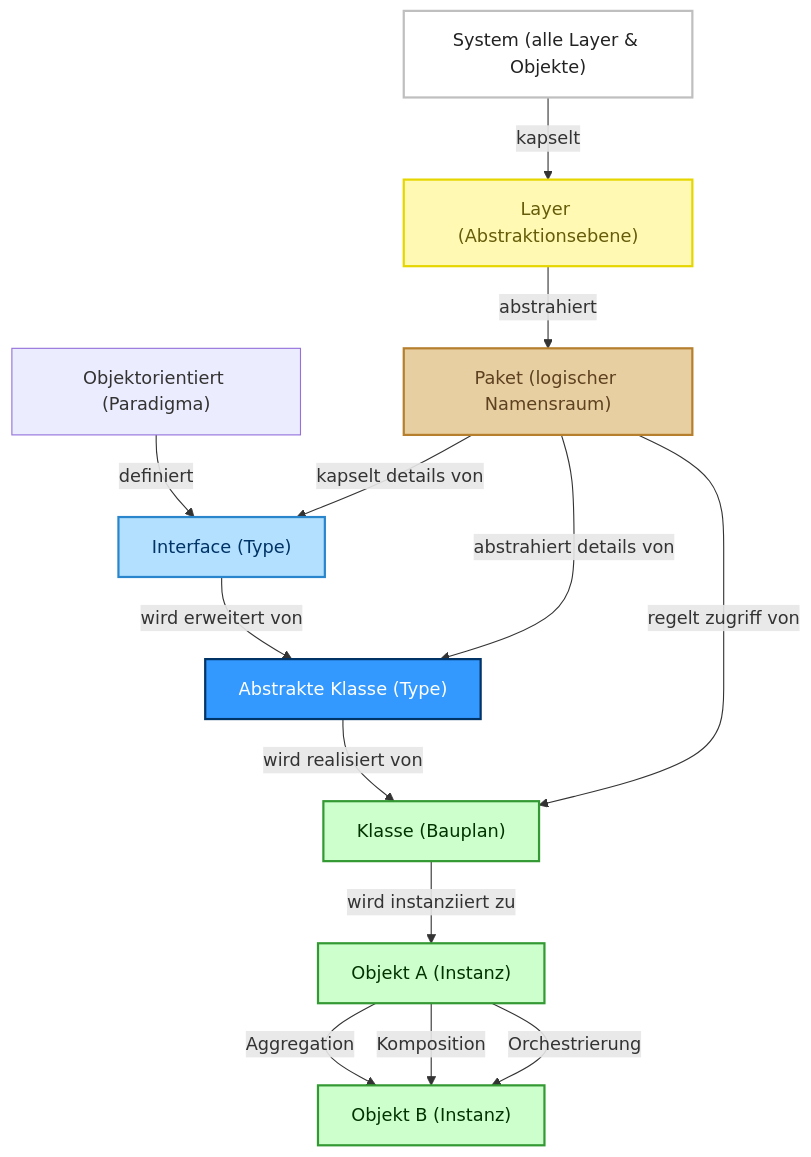
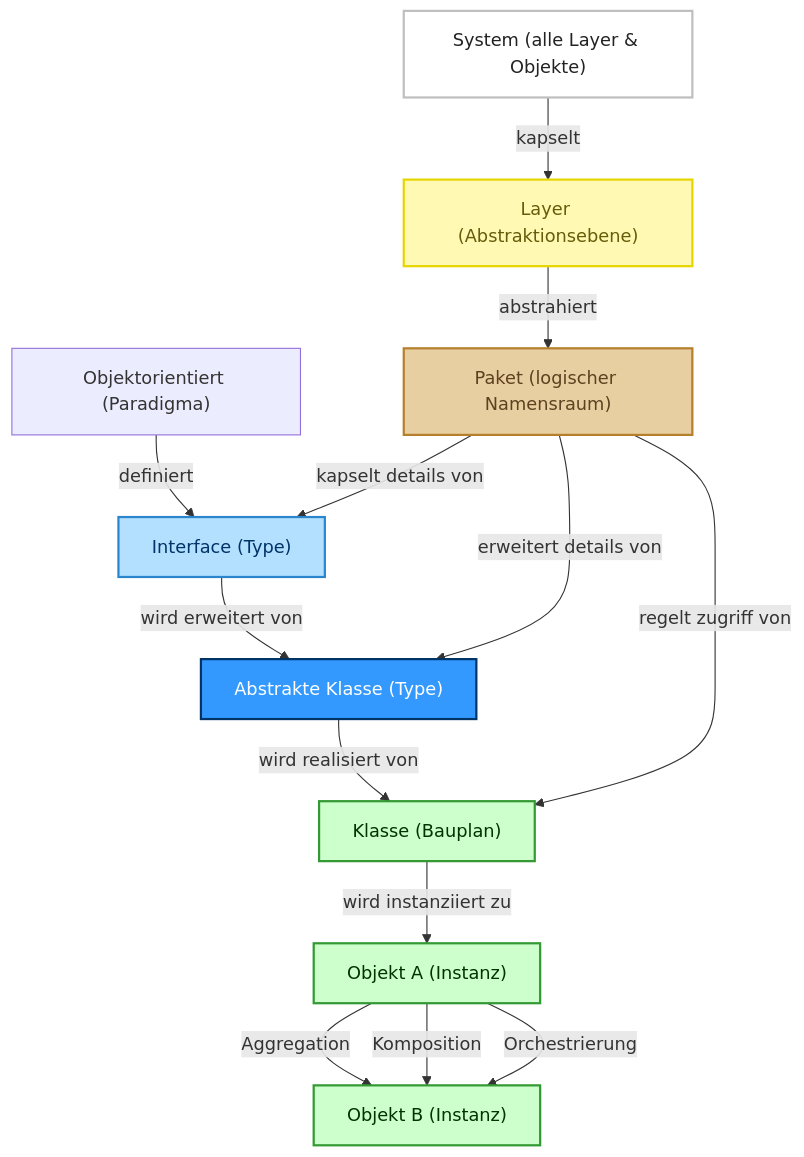
Before and after one commit to andreas-wagner-dev/object-oriented-learning-journey: the first of 10 diagrams in blog/000_about.md, drawn with Mermaid.

````diff
--- a/blog/000_about.md
+++ b/blog/000_about.md
@@ -18,40 +18,40 @@
 ```mermaid
 flowchart TD
 
     OO["Objektorientiert (Paradigma)"]
 
     TI["Interface (Type)"]:::interface
     TA["Abstrakte Klasse (Type)"]:::abstractclass
     C["Klasse (Bauplan)"]:::classbox
     O1["Objekt A (Instanz)"]:::classbox
     O2["Objekt B (Instanz)"]:::classbox
 
     P["Paket (logischer Namensraum)"]:::package
     L["Layer (Abstraktionsebene)"]:::layer
     S["System (alle Layer & Objekte)"]:::system
 
     OO -- definiert --> TI
     TI -- wird erweitert von --> TA
     TA -- wird realisiert von --> C
     C -- wird instanziiert zu --> O1
 
     P -- kapselt details von --> TI
-    P -- abstrahiert details von --> TA
+    P -- erweitert details von --> TA
     P -- regelt zugriff von --> C
 
     L -- abstrahiert --> P
     S -- kapselt --> L
 
     %% Aggregation und Komposition: Nur normale Linien plus Text
     O1 -- Aggregation --> O2
     O1 -- Komposition --> O2
     O1 -- Orchestrierung --> O2
     
     %% Farbdefinitionen
     classDef interface fill:#b3e0ff,stroke:#2986cc,stroke-width:2px,color:#003366,font-size:16px;
     classDef abstractclass fill:#3399ff,stroke:#003366,stroke-width:2px,color:#ffffff,font-size:16px;
     classDef classbox fill:#ccffcc,stroke:#339933,stroke-width:2px,color:#003300,font-size:16px;
     classDef package fill:#e8cfa1,stroke:#b57f2d,stroke-width:2px,color:#5e4120,font-size:16px;
     classDef layer fill:#fff9b3,stroke:#e6d600,stroke-width:2px,color:#665c0a,font-size:16px;
     classDef system fill:#ffffff,stroke:#bfbfbf,stroke-width:2px,color:#222,font-size:16px;
 ```
````
